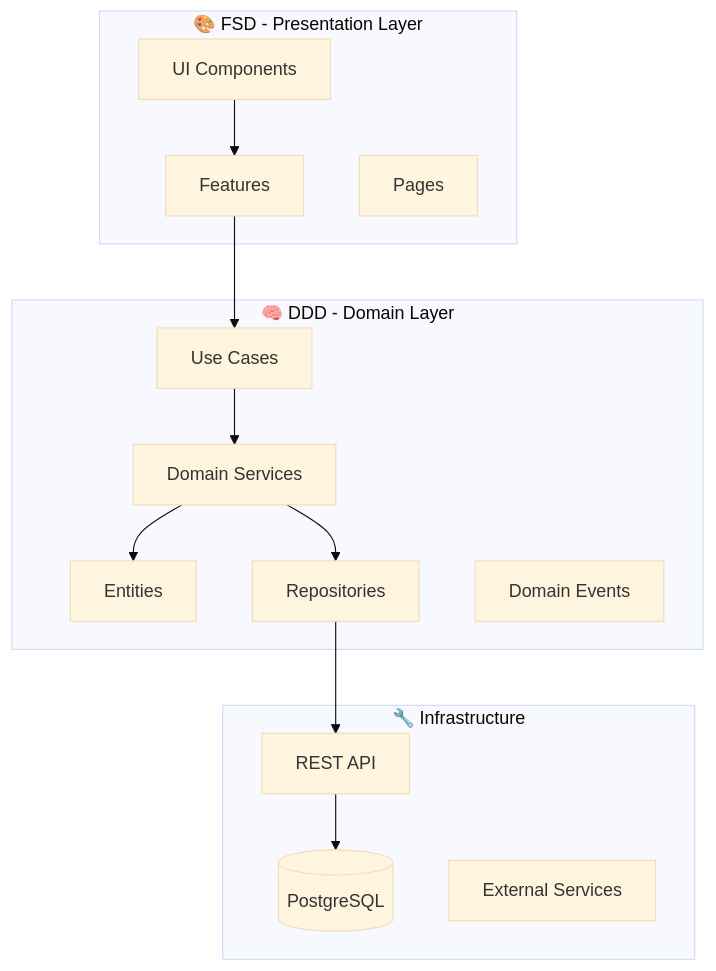
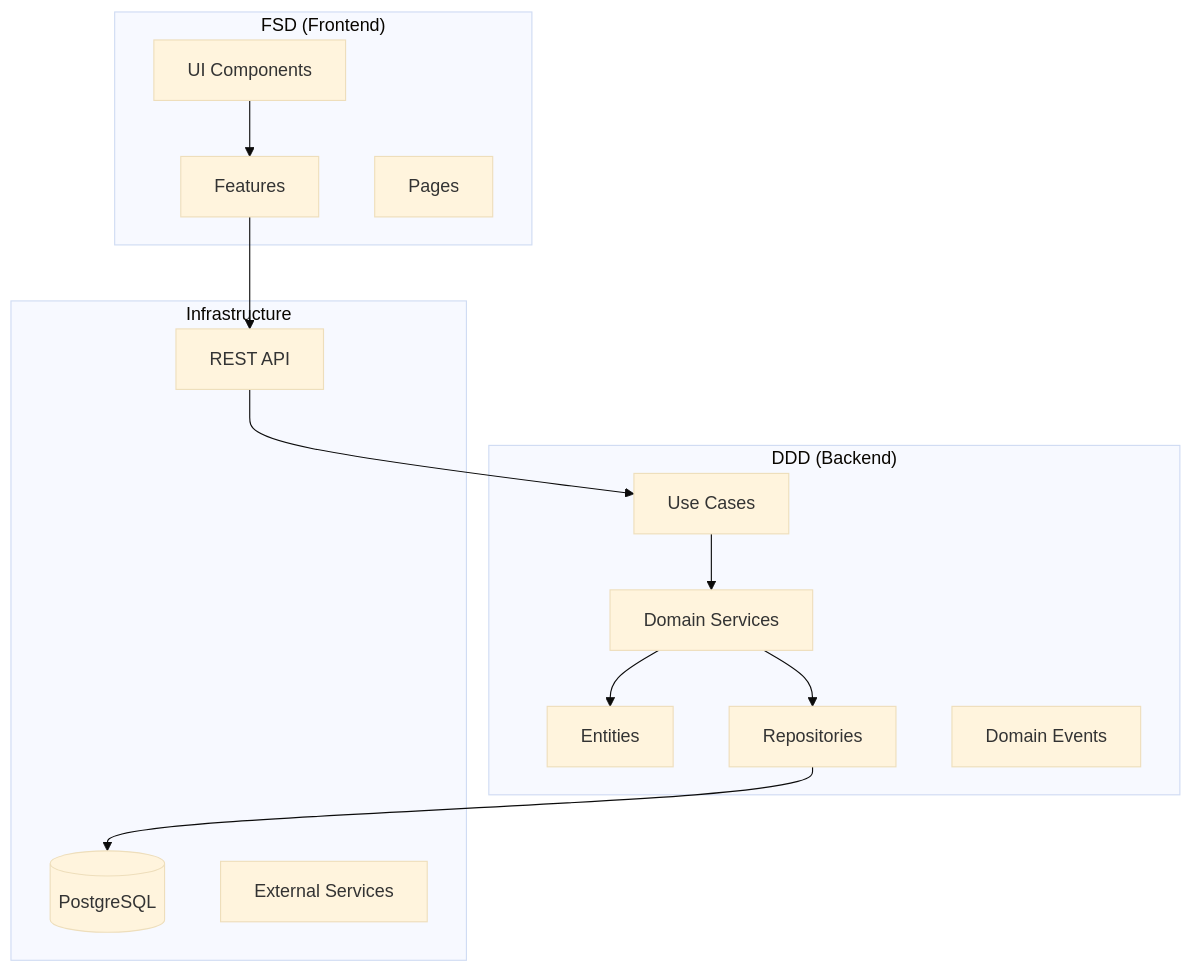
Before and after one commit to fedotiuk-dm/aksi-app-java-spring-nextjs_1.0: the diagram in README.md, drawn with Mermaid (base theme). The commit also changed other lines of this file and 25 other files, not shown here.

````diff
--- a/README.md
+++ b/README.md
@@ -106,30 +155,30 @@
 ```mermaid
 graph TB
-    subgraph "🎨 FSD - Presentation Layer"
-        UI[UI Components]
-        Features[Features]
-        Pages[Pages]
-    end
+  subgraph "FSD (Frontend)"
+    UI[UI Components]
+    Features[Features]
+    Pages[Pages]
+  end
 
-    subgraph "🧠 DDD - Domain Layer"
-        Entities[Entities]
-        Services[Domain Services]
-        Repositories[Repositories]
-        UseCases[Use Cases]
-        Events[Domain Events]
-    end
+  subgraph "DDD (Backend)"
+    Entities[Entities]
+    Services[Domain Services]
+    Repositories[Repositories]
+    UseCases[Use Cases]
+    Events[Domain Events]
+  end
 
-    subgraph "🔧 Infrastructure"
-        API[REST API]
-        DB[(PostgreSQL)]
-        External[External Services]
-    end
+  subgraph "Infrastructure"
+    API[REST API]
+    DB[(PostgreSQL)]
+    External[External Services]
+  end
 
-    UI --> Features
-    Features --> UseCases
-    UseCases --> Services
-    Services --> Entities
-    Services --> Repositories
-    Repositories --> API
-    API --> DB
+  UI --> Features
+  Features --> API
+  API --> UseCases
+  UseCases --> Services
+  Services --> Entities
+  Services --> Repositories
+  Repositories --> DB
 ```
````
